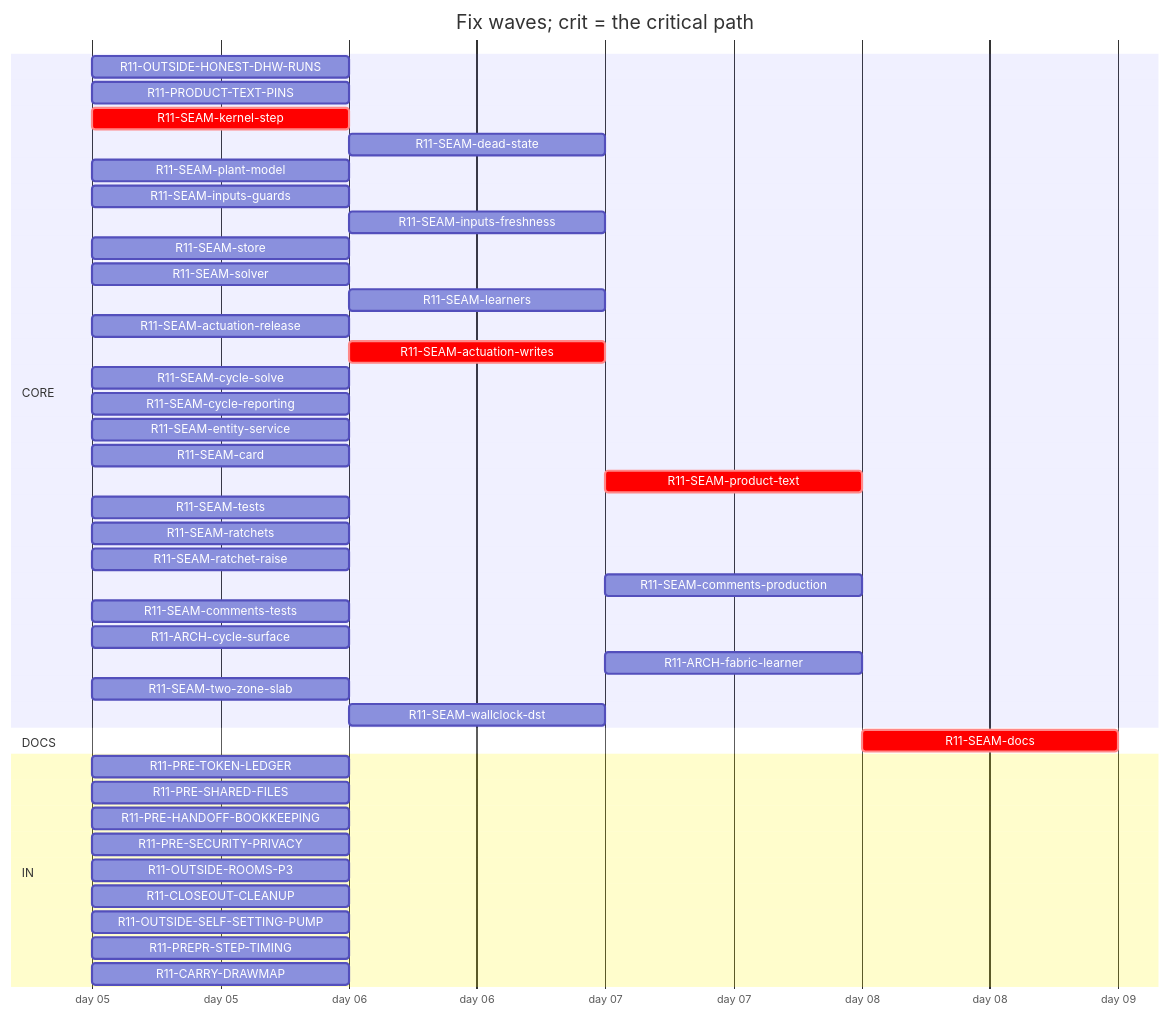
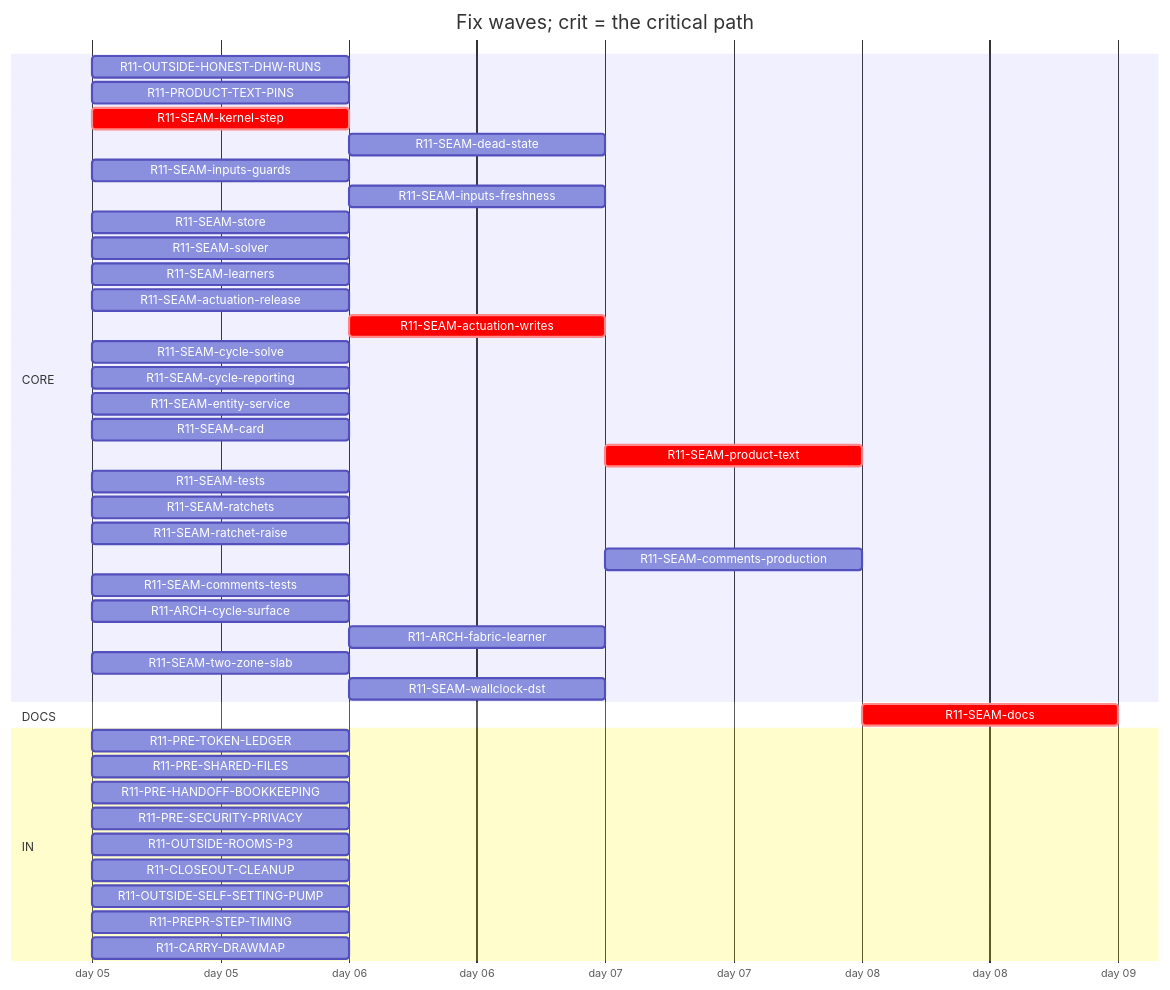
The diagram in handoff/round11/state/PLAN-TABLE.md (tvofi/heatpump_optimizer), drawn with Mermaid before and after one commit. The commit also changed other lines of this file and 3 other files, not shown here.

Commit message:
state: FLOW-BOARD.md, NEXT-SESSION-PROMPT.md, PLAN-TABLE.md, RESUME-CURRENT.md regenerated (state_docs.py)

````diff
--- a/handoff/round11/state/PLAN-TABLE.md
+++ b/handoff/round11/state/PLAN-TABLE.md
@@ -16,45 +16,44 @@
 ```mermaid
 gantt
   title Fix waves; crit = the critical path
   dateFormat YYYY-MM-DD
   axisFormat day %d
   section CORE
     R11-OUTSIDE-HONEST-DHW-RUNS :r11OUTSIDEHONESTDHWRUNS, 2026-01-05, 1d
     R11-PRODUCT-TEXT-PINS :r11PRODUCTTEXTPINS, 2026-01-05, 1d
     R11-SEAM-kernel-step :crit, r11SEAMkernelstep, 2026-01-05, 1d
     R11-SEAM-dead-state :r11SEAMdeadstate, after r11SEAMstore, 1d
-    R11-SEAM-plant-model :r11SEAMplantmodel, 2026-01-05, 1d
     R11-SEAM-inputs-guards :r11SEAMinputsguards, 2026-01-05, 1d
     R11-SEAM-inputs-freshness :r11SEAMinputsfreshness, after r11SEAMkernelstep, 1d
     R11-SEAM-store :r11SEAMstore, 2026-01-05, 1d
     R11-SEAM-solver :r11SEAMsolver, 2026-01-05, 1d
-    R11-SEAM-learners :r11SEAMlearners, after r11SEAMplantmodel, 1d
+    R11-SEAM-learners :r11SEAMlearners, 2026-01-05, 1d
     R11-SEAM-actuation-release :r11SEAMactuationrelease, 2026-01-05, 1d
     R11-SEAM-actuation-writes :crit, r11SEAMactuationwrites, after r11SEAMkernelstep r11SEAMactuationrelease, 1d
     R11-SEAM-cycle-solve :r11SEAMcyclesolve, 2026-01-05, 1d
     R11-SEAM-cycle-reporting :r11SEAMcyclereporting, 2026-01-05, 1d
     R11-SEAM-entity-service :r11SEAMentityservice, 2026-01-05, 1d
     R11-SEAM-card :r11SEAMcard, 2026-01-05, 1d
-    R11-SEAM-product-text :crit, r11SEAMproducttext, after r11SEAMplantmodel r11SEAMactuationrelease r11SEAMactuationwrites r11SEAMentityservice r11SEAMinputsguards r11SEAMinputsfreshness r11SEAMcyclesolve r11SEAMcyclereporting, 1d
+    R11-SEAM-product-text :crit, r11SEAMproducttext, after r11SEAMactuationrelease r11SEAMactuationwrites r11SEAMentityservice r11SEAMinputsguards r11SEAMinputsfreshness r11SEAMcyclesolve r11SEAMcyclereporting, 1d
     R11-SEAM-tests :r11SEAMtests, 2026-01-05, 1d
     R11-SEAM-ratchets :r11SEAMratchets, 2026-01-05, 1d
     R11-SEAM-ratchet-raise :r11SEAMratchetraise, 2026-01-05, 1d
-    R11-SEAM-comments-production :r11SEAMcommentsproduction, after r11SEAMplantmodel r11SEAMactuationrelease r11SEAMactuationwrites r11SEAMentityservice r11SEAMinputsguards r11SEAMinputsfreshness r11SEAMcyclesolve r11SEAMcyclereporting, 1d
+    R11-SEAM-comments-production :r11SEAMcommentsproduction, after r11SEAMactuationrelease r11SEAMactuationwrites r11SEAMentityservice r11SEAMinputsguards r11SEAMinputsfreshness r11SEAMcyclesolve r11SEAMcyclereporting, 1d
     R11-SEAM-comments-tests :r11SEAMcommentstests, 2026-01-05, 1d
     R11-ARCH-cycle-surface :r11ARCHcyclesurface, 2026-01-05, 1d
     R11-ARCH-fabric-learner :r11ARCHfabriclearner, after r11SEAMlearners, 1d
     R11-SEAM-two-zone-slab :r11SEAMtwozoneslab, 2026-01-05, 1d
     R11-SEAM-wallclock-dst :r11SEAMwallclockdst, after r11SEAMkernelstep, 1d
   section DOCS
-    R11-SEAM-docs :crit, r11SEAMdocs, after r11SEAMplantmodel r11SEAMlearners r11SEAMactuationrelease r11SEAMactuationwrites r11SEAMentityservice r11SEAMinputsguards r11SEAMinputsfreshness r11SEAMcyclesolve r11SEAMcyclereporting r11SEAMcard r11SEAMproducttext, 1d
+    R11-SEAM-docs :crit, r11SEAMdocs, after r11SEAMlearners r11SEAMactuationrelease r11SEAMactuationwrites r11SEAMentityservice r11SEAMinputsguards r11SEAMinputsfreshness r11SEAMcyclesolve r11SEAMcyclereporting r11SEAMcard r11SEAMproducttext, 1d
   section IN
     R11-PRE-TOKEN-LEDGER :r11PRETOKENLEDGER, 2026-01-05, 1d
     R11-PRE-SHARED-FILES :r11PRESHAREDFILES, 2026-01-05, 1d
     R11-PRE-HANDOFF-BOOKKEEPING :r11PREHANDOFFBOOKKEEPING, 2026-01-05, 1d
     R11-PRE-SECURITY-PRIVACY :r11PRESECURITYPRIVACY, 2026-01-05, 1d
     R11-OUTSIDE-ROOMS-P3 :r11OUTSIDEROOMSP3, 2026-01-05, 1d
     R11-CLOSEOUT-CLEANUP :r11CLOSEOUTCLEANUP, 2026-01-05, 1d
     R11-OUTSIDE-SELF-SETTING-PUMP :r11OUTSIDESELFSETTINGPUMP, 2026-01-05, 1d
     R11-PREPR-STEP-TIMING :r11PREPRSTEPTIMING, 2026-01-05, 1d
     R11-CARRY-DRAWMAP :r11CARRYDRAWMAP, 2026-01-05, 1d
 ```
````
